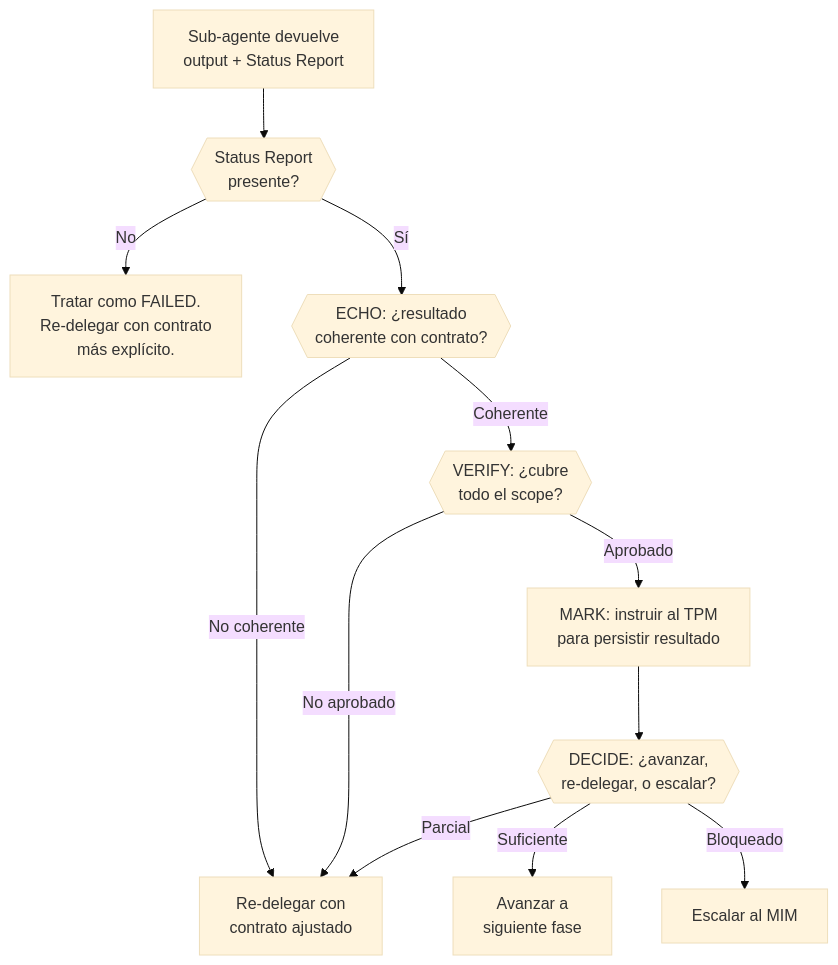
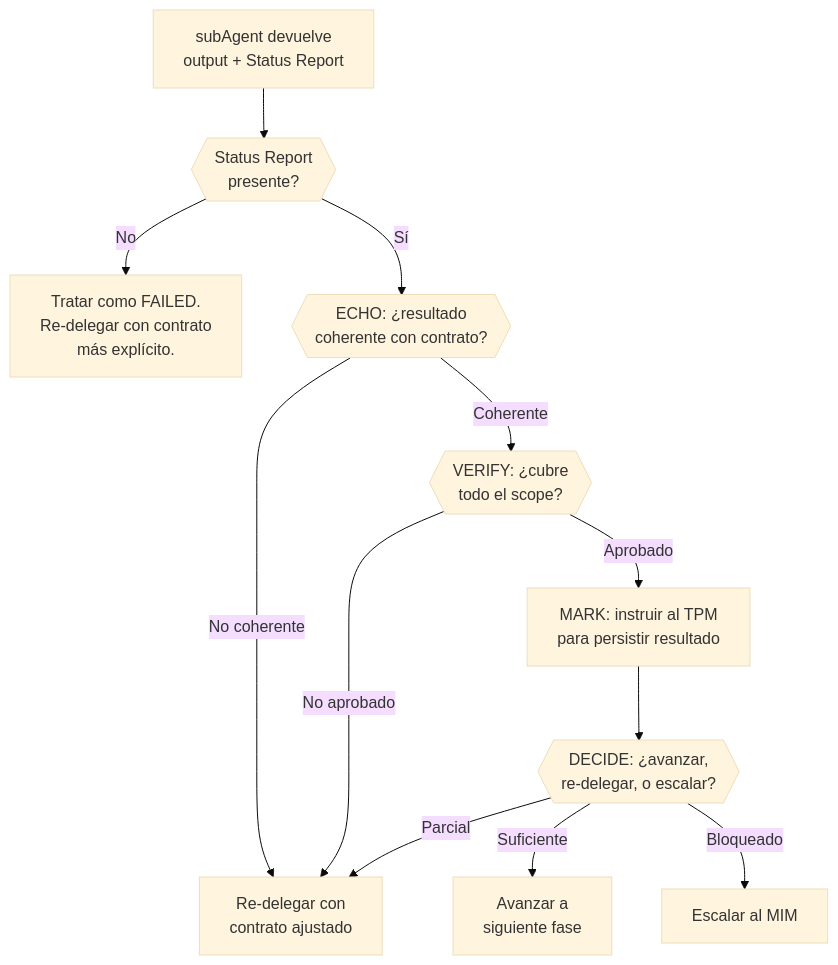
One commit to virgenherrera/idea-to-mvp changed the fifth of 5 diagrams in docs/planning/behavior/delegation-pdc.md. Above: the diagram before and after it, drawn with Mermaid (base theme). The commit also changed other lines of this file and 30 other files, not shown here.

````diff
--- a/docs/planning/behavior/delegation-pdc.md
+++ b/docs/planning/behavior/delegation-pdc.md
@@ -391,25 +417,25 @@
 ```mermaid
 flowchart TD
-    OUTPUT["Sub-agente devuelve\noutput + Status Report"]
+    OUTPUT["subAgent devuelve\noutput + Status Report"]
     STATUS{{"Status Report\npresente?"}}
     NO_STATUS["Tratar como FAILED.\nRe-delegar con contrato\nmás explícito."]
     ECHO{{"ECHO: ¿resultado\ncoherente con contrato?"}}
     VERIFY{{"VERIFY: ¿cubre\ntodo el scope?"}}
     MARK["MARK: instruir al TPM\npara persistir resultado"]
     DECIDE{{"DECIDE: ¿avanzar,\nre-delegar, o escalar?"}}
     ADVANCE["Avanzar a\nsiguiente fase"]
     REDELEGATE["Re-delegar con\ncontrato ajustado"]
     ESCALATE["Escalar al MIM"]
 
     OUTPUT --> STATUS
     STATUS -->|No| NO_STATUS
     STATUS -->|Sí| ECHO
     ECHO -->|No coherente| REDELEGATE
     ECHO -->|Coherente| VERIFY
     VERIFY -->|No aprobado| REDELEGATE
     VERIFY -->|Aprobado| MARK
     MARK --> DECIDE
     DECIDE -->|Suficiente| ADVANCE
     DECIDE -->|Parcial| REDELEGATE
     DECIDE -->|Bloqueado| ESCALATE
 ```
````
